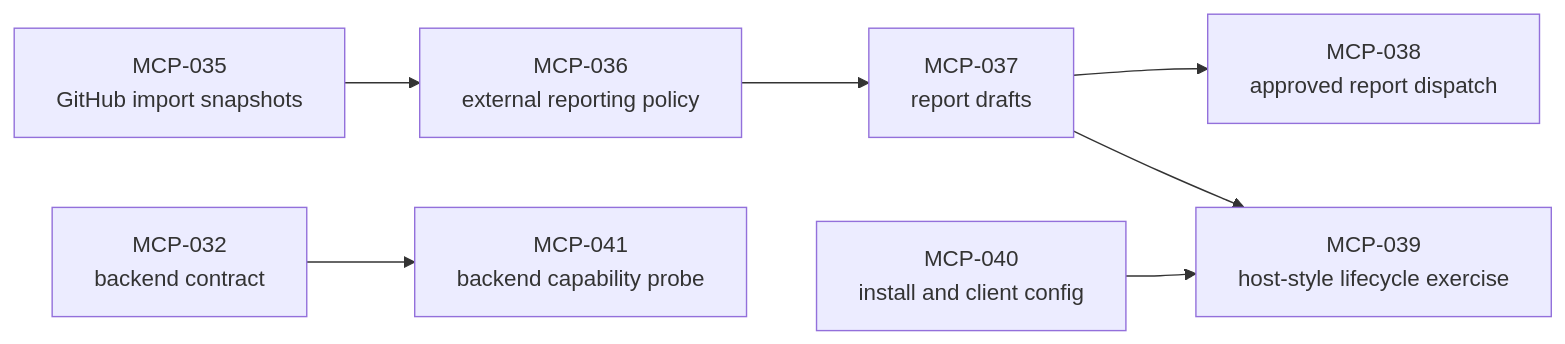
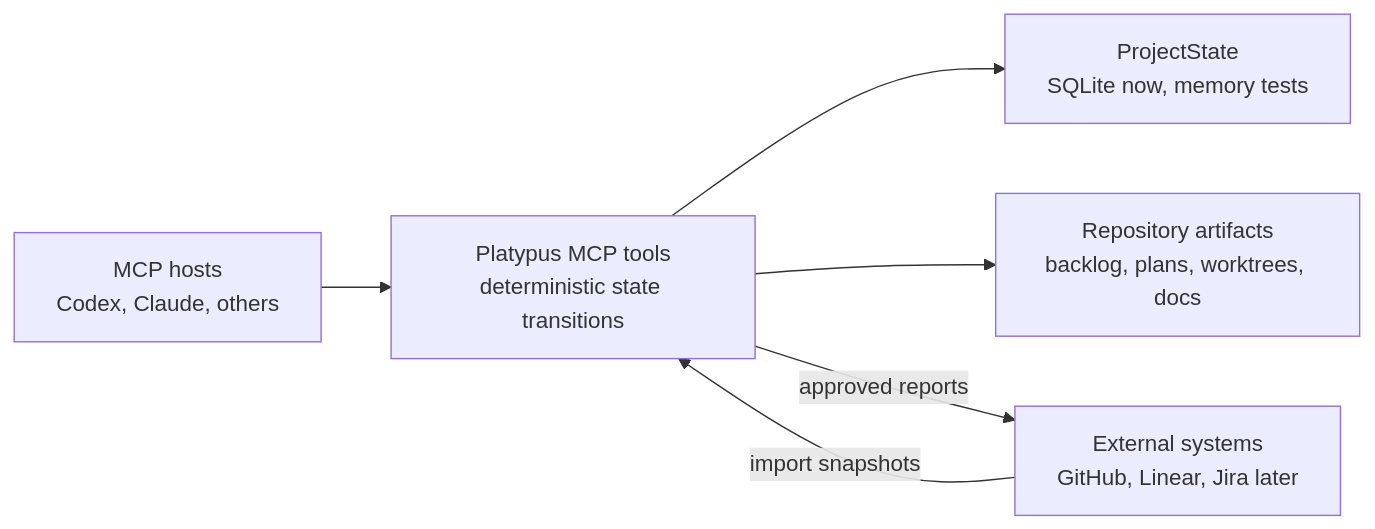
One commit to junousia/platypus-mcp changed the diagram in docs/roadmap.md. Above: the diagram before and after it, drawn with Mermaid. The commit also changed other lines of this file and 3 other files, not shown here.

First line of the commit message:
Refresh MCP roadmap baseline

````diff
--- a/docs/roadmap.md
+++ b/docs/roadmap.md
@@ -37,16 +65,14 @@
 ```mermaid
 flowchart LR
-    intake["MCP-035<br/>GitHub import snapshots"]
-    policy["MCP-036<br/>external reporting policy"]
-    draft["MCP-037<br/>report drafts"]
-    dispatch["MCP-038<br/>approved report dispatch"]
-    smoke["MCP-039<br/>host-style lifecycle exercise"]
-    install["MCP-040<br/>install and client config"]
-    storage["MCP-032<br/>backend contract"]
-    probe["MCP-041<br/>backend capability probe"]
+    host["MCP hosts<br/>Codex, Claude, others"]
+    tools["Platypus MCP tools<br/>deterministic state transitions"]
+    state["ProjectState<br/>SQLite now, memory tests"]
+    repo["Repository artifacts<br/>backlog, plans, worktrees, docs"]
+    external["External systems<br/>GitHub, Linear, Jira later"]
 
-    intake --> policy --> draft --> dispatch
-    draft --> smoke
-    install --> smoke
-    storage --> probe
+    host --> tools
+    tools --> state
+    tools --> repo
+    external -->|import snapshots| tools
+    tools -->|approved reports| external
 ```
````
